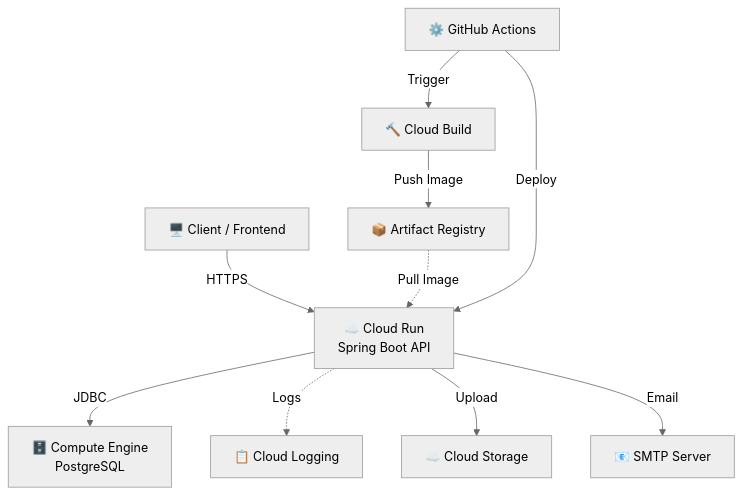
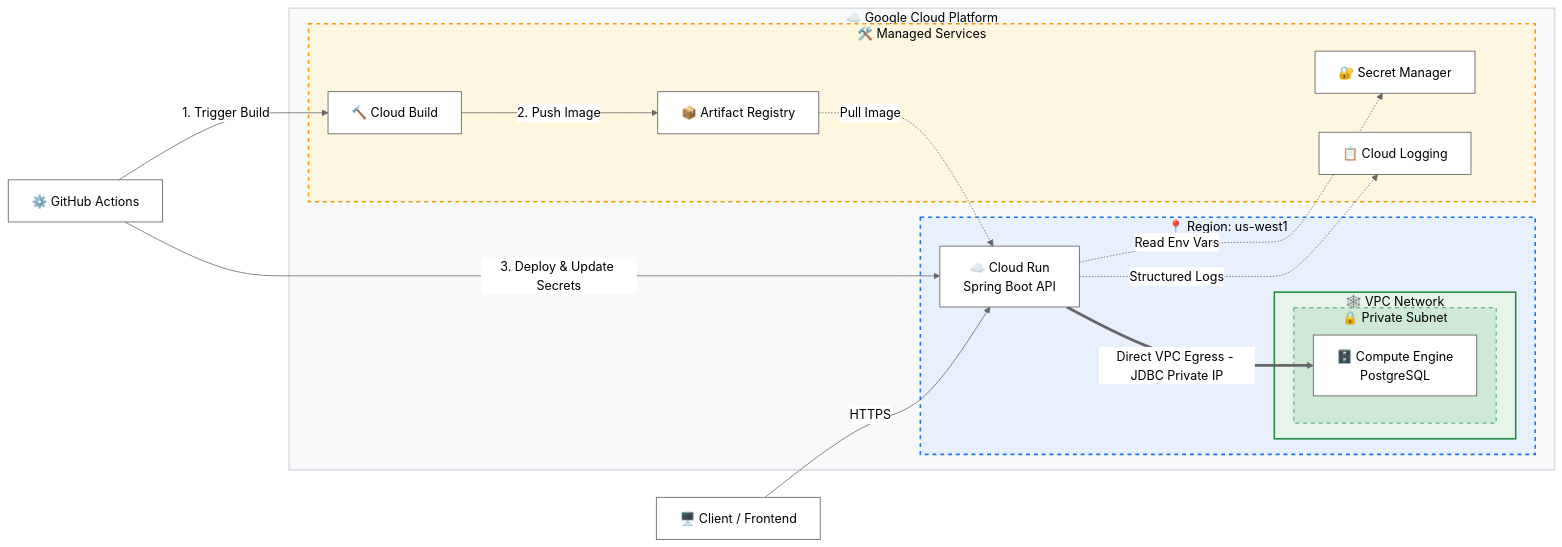
One commit to GDGOC-Kangnam-University/every-club-be changed the first of 2 diagrams in deploy.md. Above: the diagram before and after it, drawn with Mermaid (neutral theme). The commit also changed other lines of this file, not shown here.

````diff
--- a/deploy.md
+++ b/deploy.md
@@ -23,22 +22,54 @@
 ```mermaid
-graph TD
+graph LR
+    %% 전역 노드 스타일 강제 (다크/라이트 모드 호환)
+    classDef default fill:#ffffff,stroke:#555555,stroke-width:1px,color:#000000;
+
+    %% External Entities
     Client["🖥️ Client / Frontend"]
     GHA["⚙️ GitHub Actions"]
-    CR["☁️ Cloud Run<br/>Spring Boot API"]
-    GCE["🗄️ Compute Engine<br/>PostgreSQL"]
-    AR["📦 Artifact Registry"]
-    CB["🔨 Cloud Build"]
-    CL["📋 Cloud Logging"]
-    S3["☁️ Cloud Storage"]
-    SMTP["📧 SMTP Server"]
 
+    %% Google Cloud Platform Boundary
+    subgraph GCP ["☁️ Google Cloud Platform"]
+        
+        %% Region Boundary
+        subgraph Region ["📍 Region: us-west1"]
+            CR["☁️ Cloud Run<br/>Spring Boot API"]
+            
+            %% VPC & Subnet Boundary
+            subgraph VPC ["🕸️ VPC Network"]
+                subgraph Subnet ["🔒 Private Subnet"]
+                    GCE["🗄️ Compute Engine<br/>PostgreSQL"]
+                end
+            end
+        end
+
+        %% Managed Services
+        subgraph Managed ["🛠️ Managed Services"]
+            CB["🔨 Cloud Build"]
+            AR["📦 Artifact Registry"]
+            SM["🔐 Secret Manager"]
+            CL["📋 Cloud Logging"]
+        end
+    end
+
+    %% Network & Data Flow
     Client -->|HTTPS| CR
-    CR -->|JDBC| GCE
-    GHA -->|Trigger| CB
-    CB -->|Push Image| AR
+    
+    GHA -->|1. Trigger Build| CB
+    GHA -->|3. Deploy & Update Secrets| CR
+    
+    CB -->|2. Push Image| AR
     AR -.->|Pull Image| CR
-    GHA -->|Deploy| CR
-    CR -.->|Logs| CL
-    CR -->|Upload| S3
-    CR -->|Email| SMTP
+
+    CR ==>|Direct VPC Egress - JDBC Private IP| GCE
+    
+    CR -.->|Read Env Vars| SM
+    CR -.->|Structured Logs| CL
+
+    %% 서브그래프 배경 및 텍스트 색상 강제 (검은색 텍스트 유지)
+    style GCP fill:#f8f9fa,stroke:#dadce0,stroke-width:2px,color:#000000
+    style Region fill:#e8f0fe,stroke:#1a73e8,stroke-width:2px,stroke-dasharray: 5 5,color:#000000
+    style VPC fill:#e6f4ea,stroke:#1e8e3e,stroke-width:2px,color:#000000
+    style Subnet fill:#ceead6,stroke:#1e8e3e,stroke-width:1px,stroke-dasharray: 5 5,color:#000000
+    style Managed fill:#fef7e0,stroke:#f29900,stroke-width:2px,stroke-dasharray: 5 5,color:#000000
 ```
````
